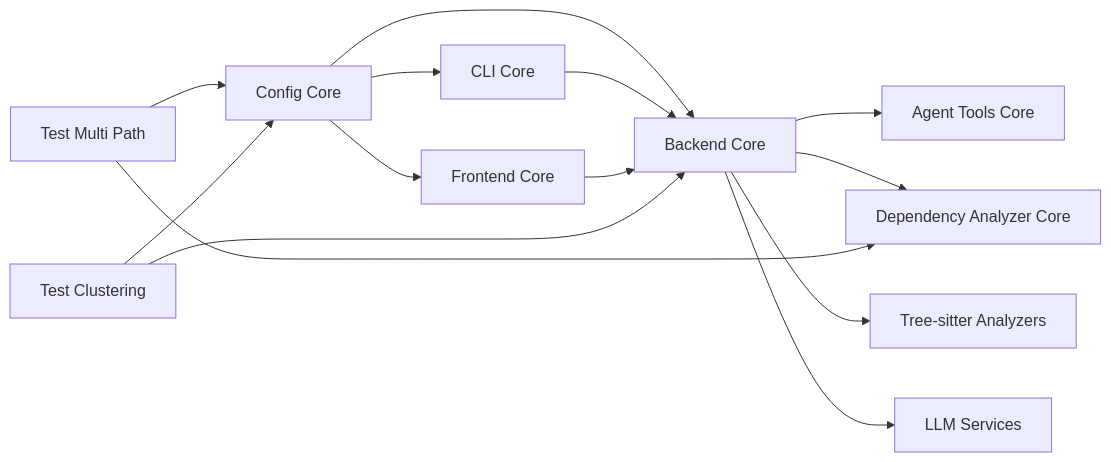
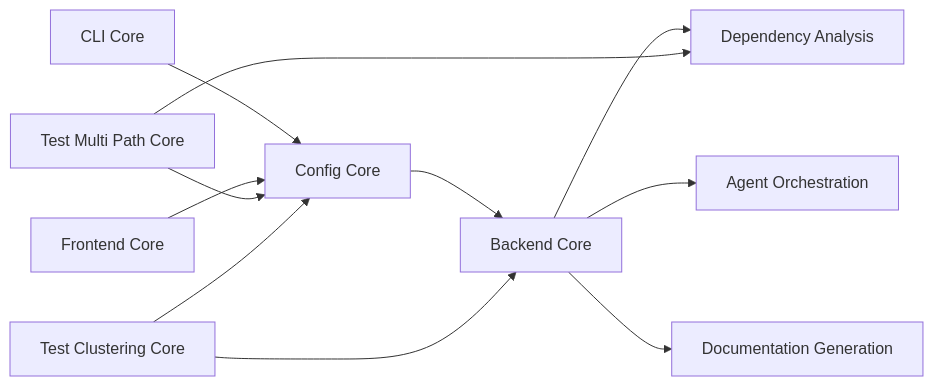
Before and after one commit to flamingo-stack/CodeWiki: the third of 3 diagrams in docs/reference/architecture/README.md, drawn with Mermaid. The commit also changed other lines of this file and 275 other files, not shown here.

````diff
--- a/docs/reference/architecture/README.md
+++ b/docs/reference/architecture/README.md
@@ -79,20 +90,16 @@
 ```mermaid
 flowchart LR
-    Config["Config Core"] --> CLI["CLI Core"]
-    Config --> Frontend["Frontend Core"]
+    Cli["CLI Core"] --> Config["Config Core"]
+    Web["Frontend Core"] --> Config
     Config --> Backend["Backend Core"]
 
-    CLI --> Backend
-    Frontend --> Backend
+    Backend --> Analysis["Dependency Analysis"]
+    Backend --> Agents["Agent Orchestration"]
+    Backend --> Docs["Documentation Generation"]
 
-    Backend --> AgentTools["Agent Tools Core"]
-    Backend --> Analyzer["Dependency Analyzer Core"]
-    Backend --> Language["Tree-sitter Analyzers"]
-    Backend --> LLM["LLM Services"]
+    MultiPathTests["Test Multi Path Core"] --> Config
+    MultiPathTests --> Analysis
 
-    TestPaths["Test Multi Path"] --> Config
-    TestPaths --> Analyzer
-
-    TestCluster["Test Clustering"] --> Config
-    TestCluster --> Backend
+    ClusteringTests["Test Clustering Core"] --> Config
+    ClusteringTests --> Backend
 ```
````
